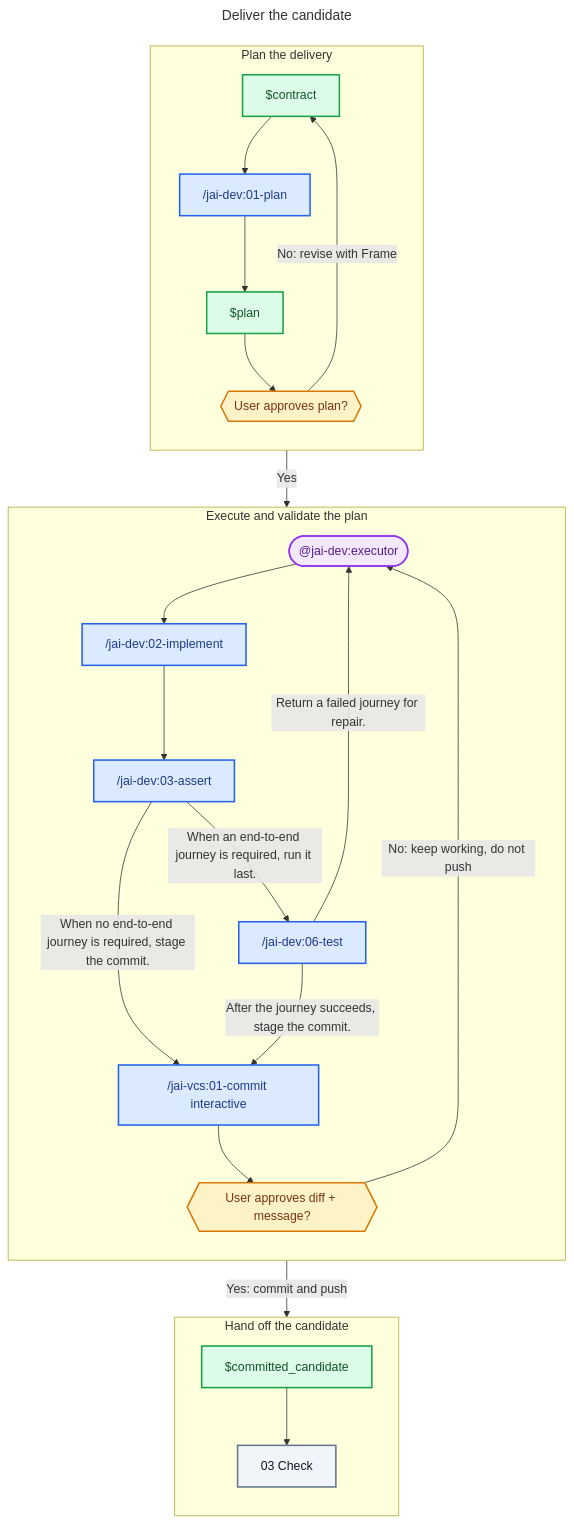
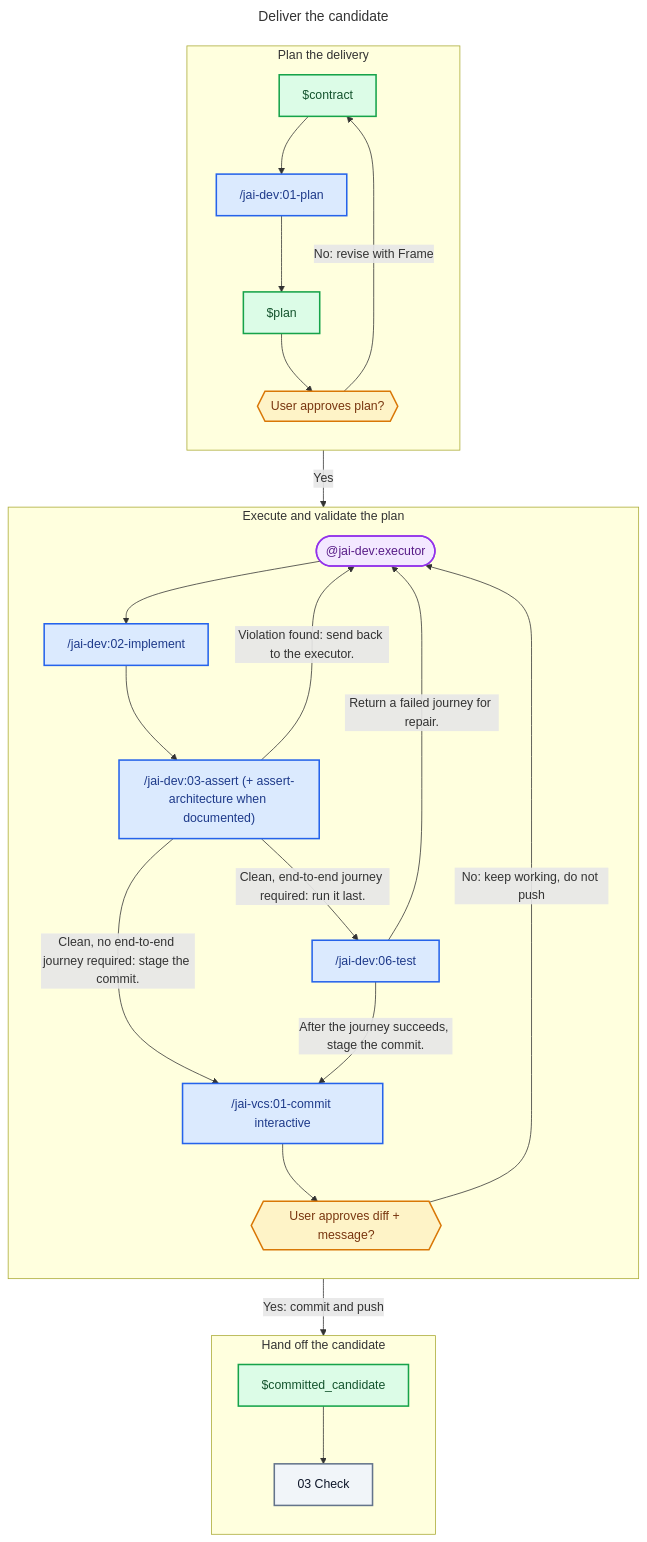
One commit to Jorgo69/jorgo-ai-framework changed the diagram in plugins/jai-orchestrator/skills/01-sdlc/references/02-deliver.md. Above: the diagram before and after it, drawn with Mermaid. The commit also changed other lines of this file and 13 other files, not shown here.

Commit message:
date:14/09/2026 - fix: correct marketplace scope name mangled by rename script fix(jai-dev): exclude git commit/push from for-sure auto-accept scope fix(jai-orchestrator): use existing assert-architecture facet instead of a duplicate agent

````diff
--- a/plugins/jai-orchestrator/skills/01-sdlc/references/02-deliver.md
+++ b/plugins/jai-orchestrator/skills/01-sdlc/references/02-deliver.md
@@ -9,57 +9,58 @@
 ```mermaid
 ---
 title: Deliver the candidate
 ---
 flowchart TD
   subgraph PlanStage["Plan the delivery"]
     direction TB
     Contract["$contract"]
     Plan["/jai-dev:01-plan"]
     PlanArtifact["$plan"]
     PlanApproval{{"User approves plan?"}}
   end
 
   subgraph ExecuteStage["Execute and validate the plan"]
     direction TB
     Executor(["@jai-dev:executor"])
     Implement["/jai-dev:02-implement"]
-    Assert["/jai-dev:03-assert"]
+    Assert["/jai-dev:03-assert (+ assert-architecture when documented)"]
     Test["/jai-dev:06-test"]
     Commit["/jai-vcs:01-commit interactive"]
     CommitApproval{{"User approves diff + message?"}}
   end
 
   subgraph HandoffStage["Hand off the candidate"]
     direction TB
     CommittedCandidate["$committed_candidate"]
     Check["03 Check"]
   end
 
   Contract --> Plan
   Plan --> PlanArtifact
   PlanArtifact --> PlanApproval
   PlanApproval -- "No: revise with Frame" --> Contract
   PlanApproval -- "Yes" --> Executor
   Executor --> Implement
   Implement --> Assert
-  Assert -- "When no end-to-end journey is required, stage the commit." --> Commit
-  Assert -- "When an end-to-end journey is required, run it last." --> Test
+  Assert -- "Violation found: send back to the executor." --> Executor
+  Assert -- "Clean, no end-to-end journey required: stage the commit." --> Commit
+  Assert -- "Clean, end-to-end journey required: run it last." --> Test
   Test -- "After the journey succeeds, stage the commit." --> Commit
   Test -- "Return a failed journey for repair." --> Executor
   Commit --> CommitApproval
   CommitApproval -- "No: keep working, do not push" --> Executor
   CommitApproval -- "Yes: commit and push" --> CommittedCandidate
   CommittedCandidate --> Check
 
   classDef skill fill:#DBEAFE,stroke:#2563EB,color:#1E3A8A,stroke-width:2px
   classDef agent fill:#F3E8FF,stroke:#9333EA,color:#581C87,stroke-width:2px
   classDef artifact fill:#DCFCE7,stroke:#16A34A,color:#14532D,stroke-width:2px
   classDef zone fill:#F1F5F9,stroke:#64748B,color:#0F172A,stroke-width:2px
   classDef gate fill:#FEF3C7,stroke:#D97706,color:#78350F,stroke-width:2px
 
   class Plan,Implement,Assert,Test,Commit skill
   class Executor agent
   class Contract,PlanArtifact,CommittedCandidate artifact
   class Check zone
   class PlanApproval,CommitApproval gate
 ```
````
